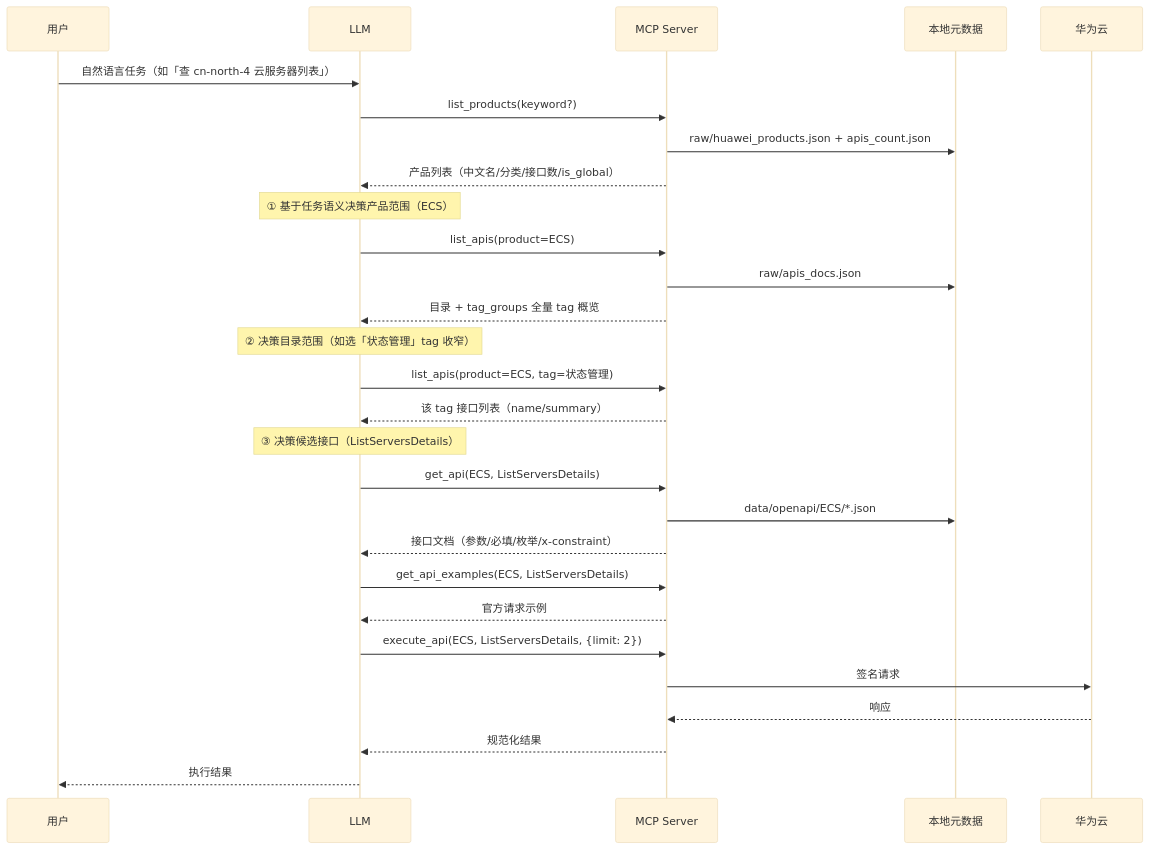
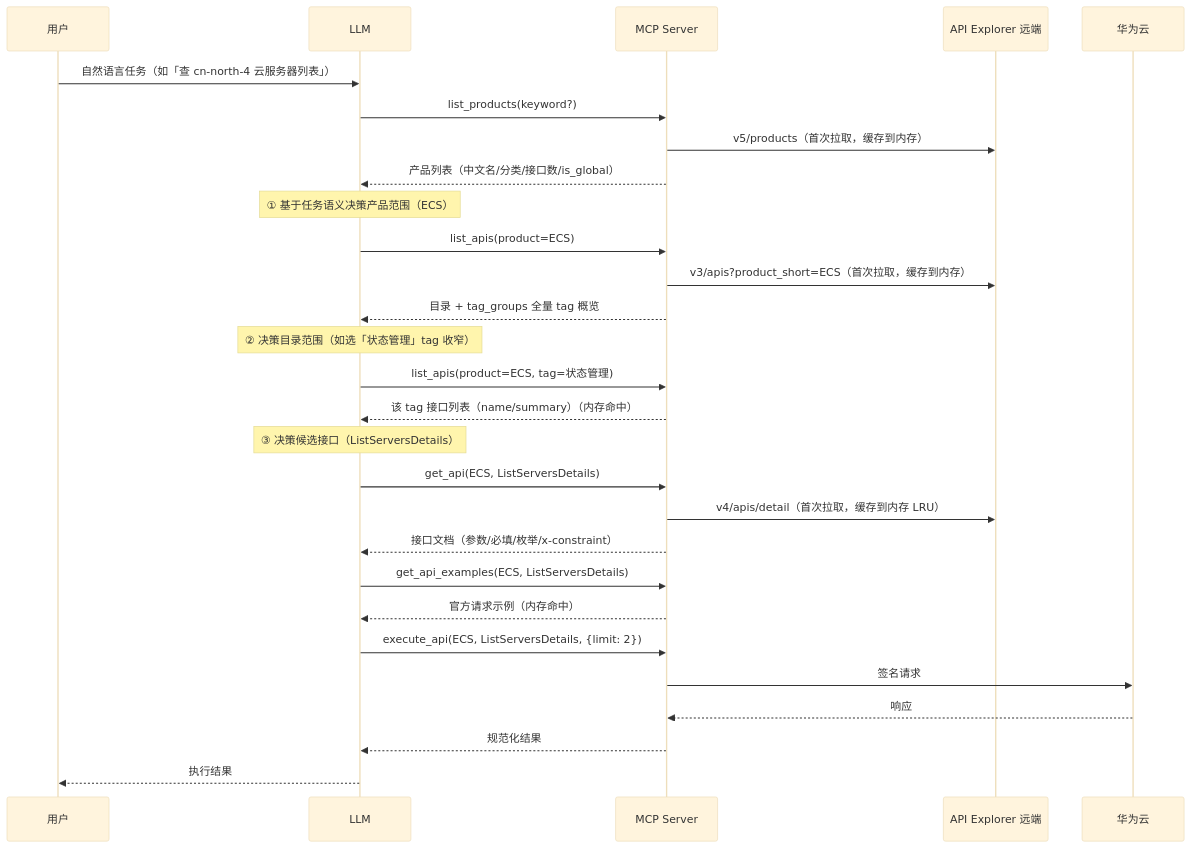
The third of 9 diagrams in docs/design.md (huaweicloud-mate/huaweicloud-open-mcp), drawn with Mermaid (base theme) before and after one commit. The commit also changed other lines of this file and 15 other files, not shown here.

````diff
--- a/docs/design.md
+++ b/docs/design.md
@@ -99,31 +98,31 @@
 ```mermaid
 sequenceDiagram
     participant U as 用户
     participant L as LLM
     participant M as MCP Server
-    participant D as 本地元数据
-    participant C as 华为云
+    participant C as API Explorer 远端
+    participant H as 华为云
 
     U->>L: 自然语言任务（如「查 cn-north-4 云服务器列表」）
     L->>M: list_products(keyword?)
-    M->>D: raw/huawei_products.json + apis_count.json
+    M->>C: v5/products（首次拉取，缓存到内存）
     M-->>L: 产品列表（中文名/分类/接口数/is_global）
     Note over L: ① 基于任务语义决策产品范围（ECS）
     L->>M: list_apis(product=ECS)
-    M->>D: raw/apis_docs.json
+    M->>C: v3/apis?product_short=ECS（首次拉取，缓存到内存）
     M-->>L: 目录 + tag_groups 全量 tag 概览
     Note over L: ② 决策目录范围（如选「状态管理」tag 收窄）
     L->>M: list_apis(product=ECS, tag=状态管理)
-    M-->>L: 该 tag 接口列表（name/summary）
+    M-->>L: 该 tag 接口列表（name/summary）（内存命中）
     Note over L: ③ 决策候选接口（ListServersDetails）
     L->>M: get_api(ECS, ListServersDetails)
-    M->>D: data/openapi/ECS/*.json
+    M->>C: v4/apis/detail（首次拉取，缓存到内存 LRU）
     M-->>L: 接口文档（参数/必填/枚举/x-constraint）
     L->>M: get_api_examples(ECS, ListServersDetails)
-    M-->>L: 官方请求示例
+    M-->>L: 官方请求示例（内存命中）
     L->>M: execute_api(ECS, ListServersDetails, {limit: 2})
-    M->>C: 签名请求
-    C-->>M: 响应
+    M->>H: 签名请求
+    H-->>M: 响应
     M-->>L: 规范化结果
     L-->>U: 执行结果
 ```
````
